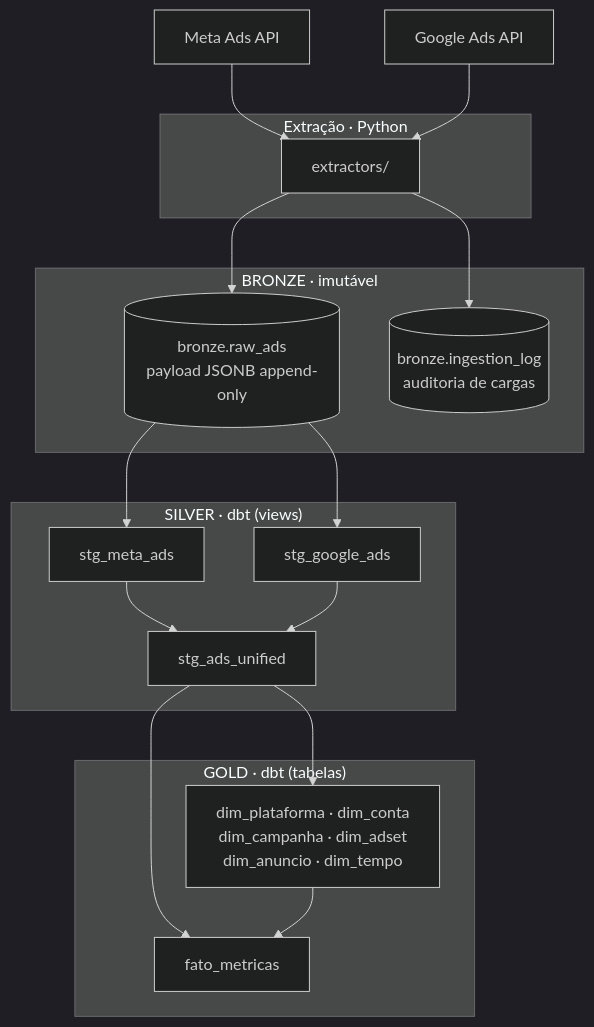
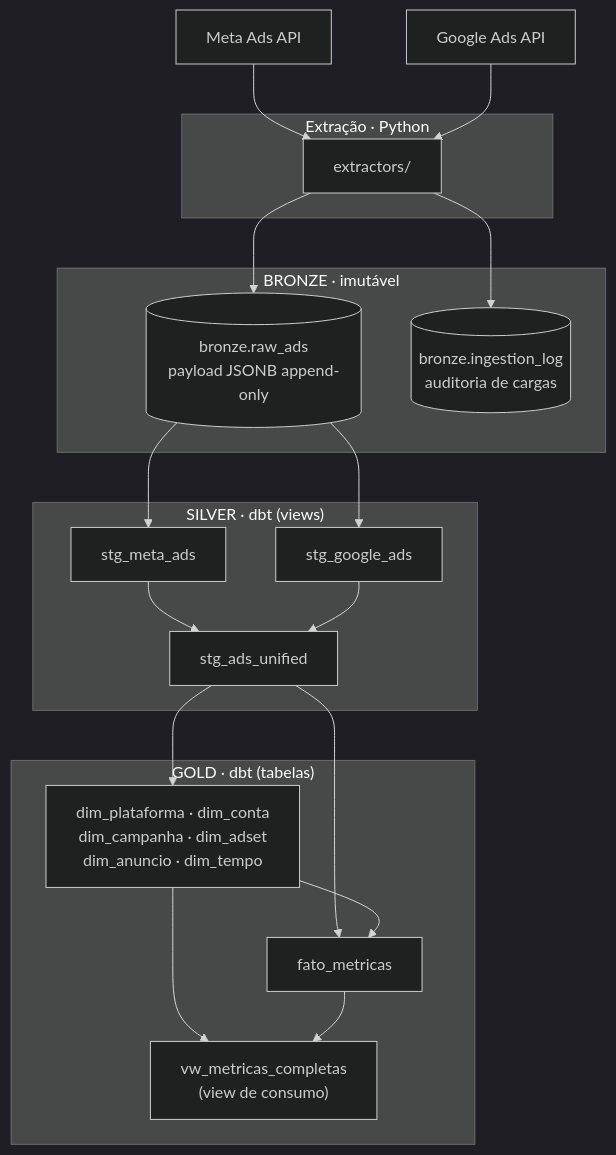
One commit to pedropaulo-d/pipeline_marketing changed the diagram in docs/arquitetura-elt.md. Above: the diagram before and after it, drawn with Mermaid (dark theme). The commit also changed other lines of this file and 1 other file, not shown here.

````diff
--- a/docs/arquitetura-elt.md
+++ b/docs/arquitetura-elt.md
@@ -32,37 +43,40 @@
 ```mermaid
 flowchart TD
     META["Meta Ads API"]
     GADS["Google Ads API"]
 
     subgraph E["Extração · Python"]
         EXT["extractors/"]
     end
 
     subgraph B["BRONZE · imutável"]
         RAW[("bronze.raw_ads<br/>payload JSONB append-only")]
         LOG[("bronze.ingestion_log<br/>auditoria de cargas")]
     end
 
     subgraph S["SILVER · dbt (views)"]
         SM["stg_meta_ads"]
         SG["stg_google_ads"]
         SU["stg_ads_unified"]
     end
 
     subgraph G["GOLD · dbt (tabelas)"]
         DIMS["dim_plataforma · dim_conta<br/>dim_campanha · dim_adset<br/>dim_anuncio · dim_tempo"]
         FATO["fato_metricas"]
+        VW["vw_metricas_completas<br/>(view de consumo)"]
     end
 
     META --> EXT
     GADS --> EXT
     EXT --> RAW
     EXT --> LOG
     RAW --> SM
     RAW --> SG
     SM --> SU
     SG --> SU
     SU --> DIMS
     SU --> FATO
     DIMS --> FATO
+    DIMS --> VW
+    FATO --> VW
 ```
````
